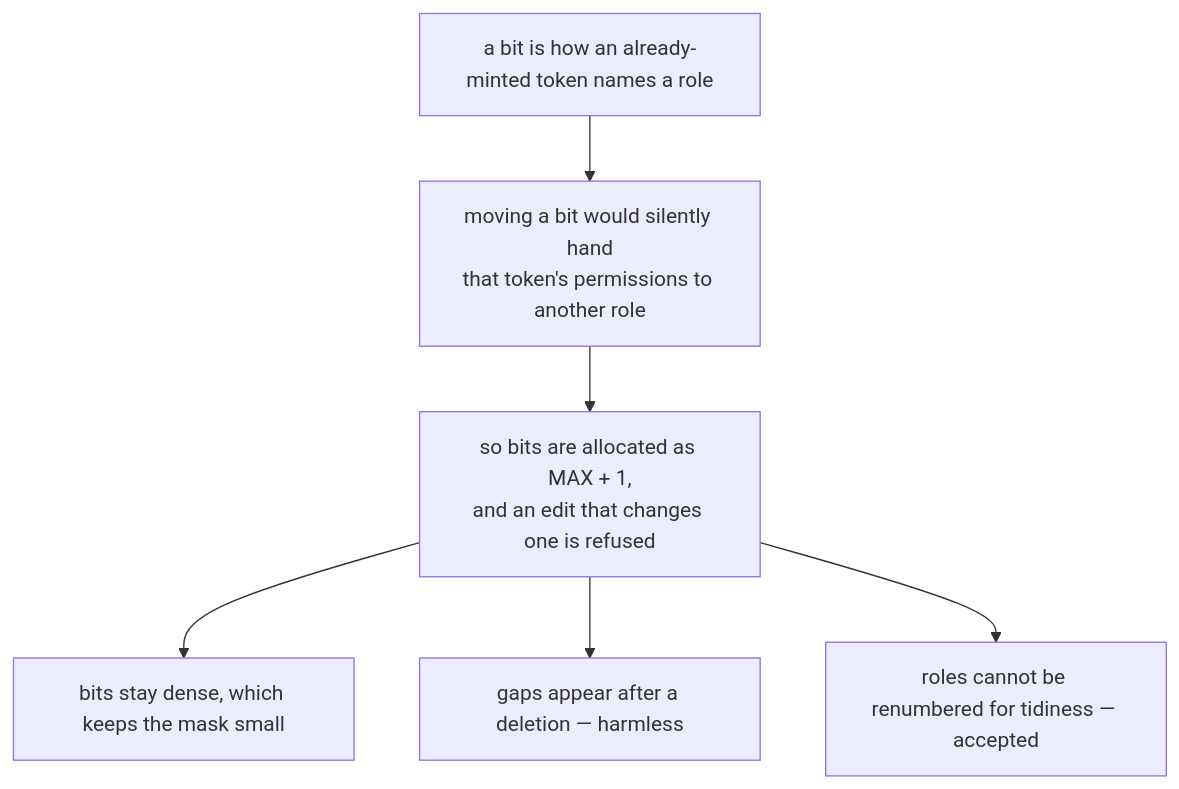
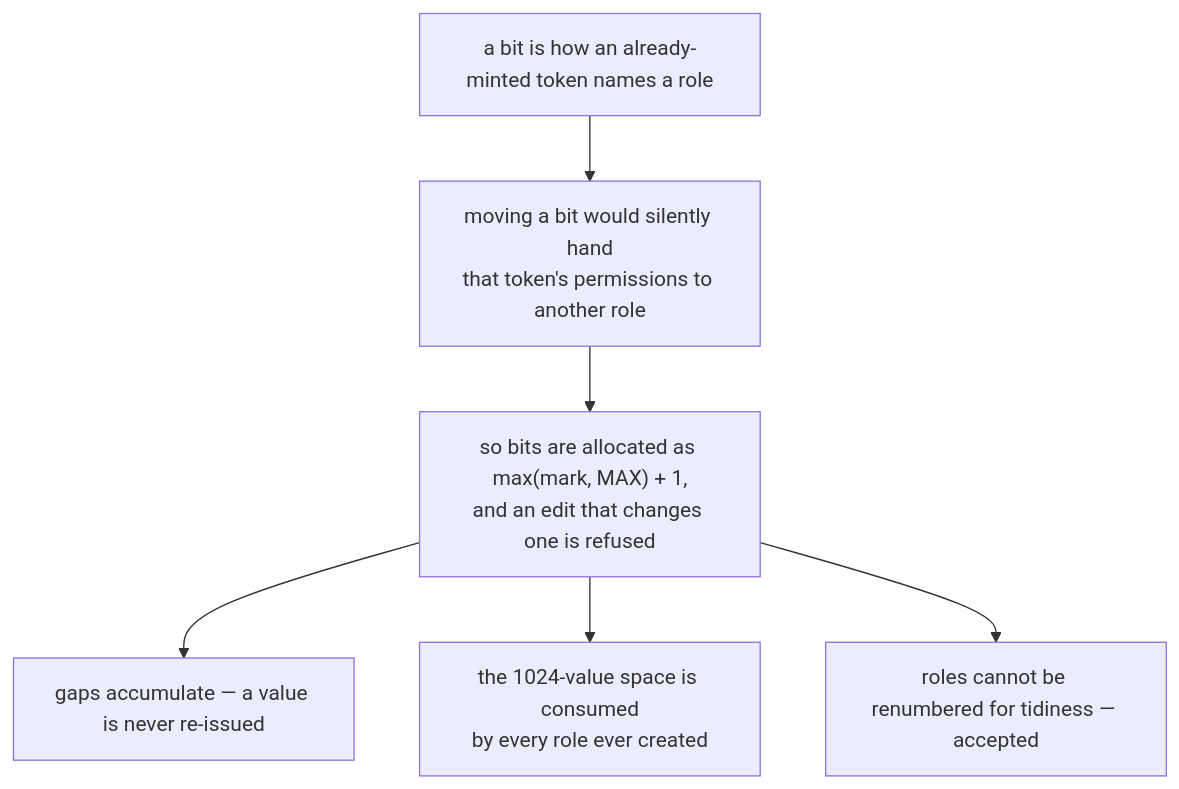
Before and after one commit to feasibleone/blong: the second of 2 diagrams in docs/blong/docs/rationale/rbac.md, drawn with Mermaid. The commit also changed other lines of this file and 52 other files, not shown here.

````diff
--- a/docs/blong/docs/rationale/rbac.md
+++ b/docs/blong/docs/rationale/rbac.md
@@ -57,8 +63,8 @@
 ```mermaid
 flowchart TD
     B["a bit is how an already-minted token names a role"] --> C["moving a bit would silently hand<br/>that token's permissions to another role"]
-    C --> D["so bits are allocated as MAX + 1,<br/>and an edit that changes one is refused"]
-    D --> E["bits stay dense, which keeps the mask small"]
-    D --> F["gaps appear after a deletion — harmless"]
+    C --> D["so bits are allocated as max(mark, MAX) + 1,<br/>and an edit that changes one is refused"]
+    D --> E["gaps accumulate — a value is never re-issued"]
+    D --> F["the 1024-value space is consumed<br/>by every role ever created"]
     D --> G["roles cannot be renumbered for tidiness — accepted"]
 ```
````
